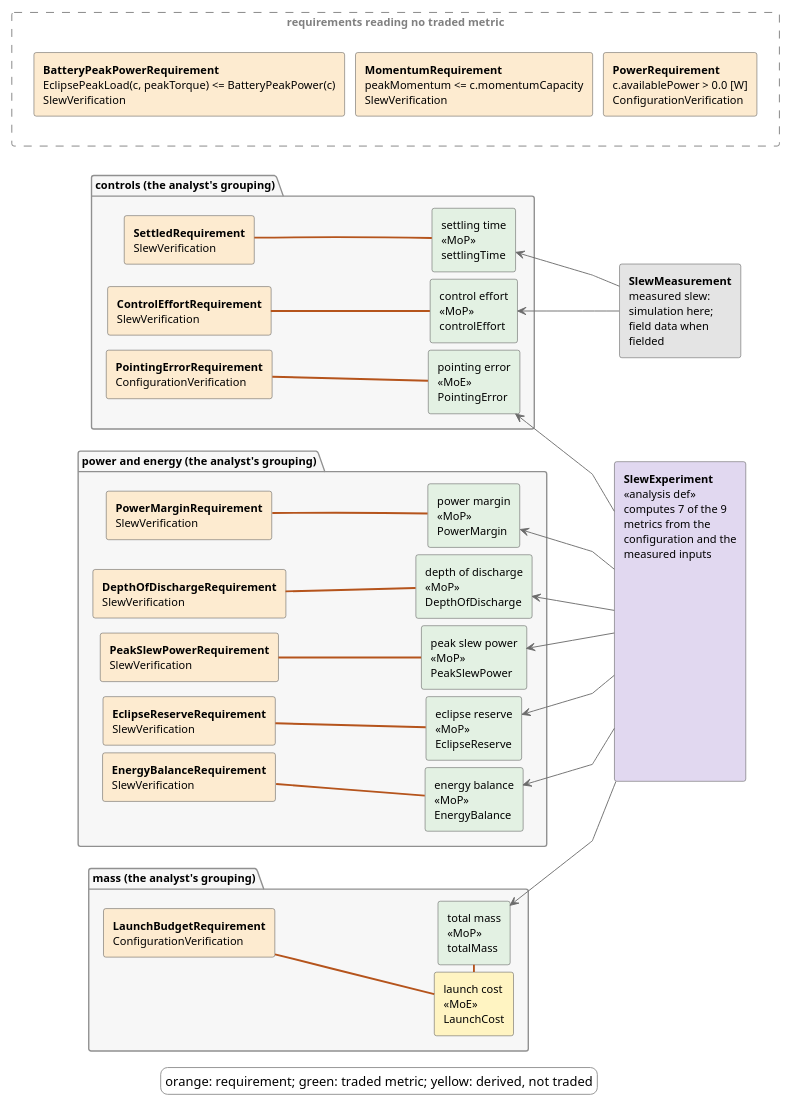
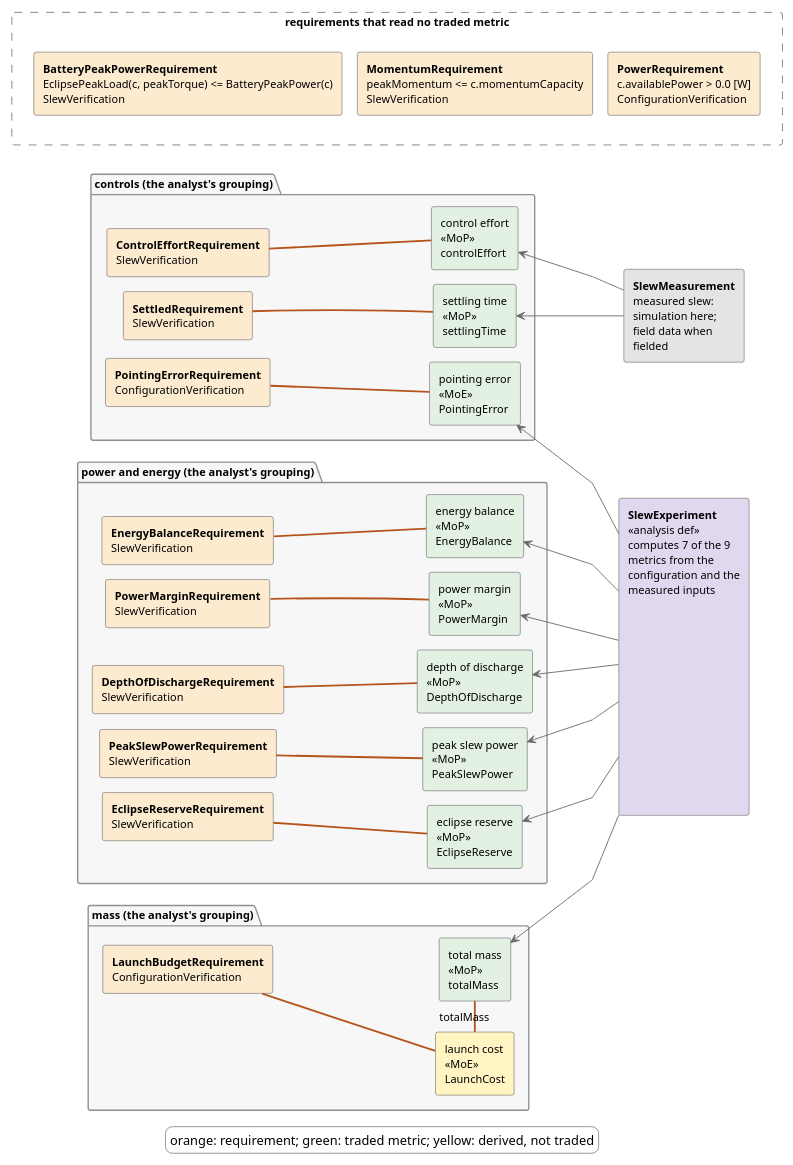
One commit to DynamicalSystemsGroup/hyperbolic-trade-space changed the diagram in examples/adcs/model_v2/views/behavioural_view.puml. Above: the diagram before and after it, drawn with PlantUML. The commit also changed 9 other files, not shown here.

```diff
--- a/examples/adcs/model_v2/views/behavioural_view.puml
+++ b/examples/adcs/model_v2/views/behavioural_view.puml
@@ -1,100 +1,100 @@
 @startuml
 left to right direction
 skinparam linetype polyline
 skinparam shadowing false
 skinparam defaultFontName SansSerif
 skinparam defaultFontSize 12
 skinparam ClassBackgroundColor white
 skinparam ClassBorderColor #404040
 skinparam ClassAttributeIconSize 0
 skinparam ArrowColor #404040
 skinparam RectangleBackgroundColor white
 skinparam RectangleBorderColor #404040
 skinparam PackageBackgroundColor #F7F7F7
 skinparam PackageBorderColor #909090
 skinparam LegendBackgroundColor white
 skinparam LegendBorderColor #909090
-skinparam nodesep 8
+skinparam nodesep 16
 skinparam ranksep 12
 hide circle
 hide empty members
 
 scale 700 width
 
 package "controls (the analyst's grouping)" {
   rectangle "**SettledRequirement**\nSlewVerification" as xSettledrequirement #FDEBD0
   rectangle "**ControlEffortRequirement**\nSlewVerification" as xControleffortrequirement #FDEBD0
   rectangle "**PointingErrorRequirement**\nConfigurationVerification" as xPointingerrorrequirement #FDEBD0
   rectangle "settling time\n<<MoP>>\nsettlingTime" as xSettlingTime #E3F1E3
   rectangle "control effort\n<<MoP>>\ncontrolEffort" as xControlEffort #E3F1E3
   rectangle "pointing error\n<<MoE>>\nPointingError" as xPointingError #E3F1E3
 }
 xSettledrequirement -[hidden]right-> xControleffortrequirement
 xControleffortrequirement -[hidden]right-> xPointingerrorrequirement
 xSettlingTime -[hidden]right-> xControlEffort
 xControlEffort -[hidden]right-> xPointingError
 xSettledrequirement -[hidden]-> xSettlingTime
 package "power and energy (the analyst's grouping)" {
   rectangle "**PowerMarginRequirement**\nSlewVerification" as xPowermarginrequirement #FDEBD0
   rectangle "**EnergyBalanceRequirement**\nSlewVerification" as xEnergybalancerequirement #FDEBD0
   rectangle "**EclipseReserveRequirement**\nSlewVerification" as xEclipsereserverequirement #FDEBD0
   rectangle "**PeakSlewPowerRequirement**\nSlewVerification" as xPeakslewpowerrequirement #FDEBD0
   rectangle "**DepthOfDischargeRequirement**\nSlewVerification" as xDepthofdischargerequirement #FDEBD0
   rectangle "power margin\n<<MoP>>\nPowerMargin" as xPowerMargin #E3F1E3
   rectangle "energy balance\n<<MoP>>\nEnergyBalance" as xEnergyBalance #E3F1E3
   rectangle "eclipse reserve\n<<MoP>>\nEclipseReserve" as xEclipseReserve #E3F1E3
   rectangle "peak slew power\n<<MoP>>\nPeakSlewPower" as xPeakSlewPower #E3F1E3
   rectangle "depth of discharge\n<<MoP>>\nDepthOfDischarge" as xDepthOfDischarge #E3F1E3
 }
 xPowermarginrequirement -[hidden]right-> xEnergybalancerequirement
 xEnergybalancerequirement -[hidden]right-> xEclipsereserverequirement
 xEclipsereserverequirement -[hidden]right-> xPeakslewpowerrequirement
 xPeakslewpowerrequirement -[hidden]right-> xDepthofdischargerequirement
 xPowerMargin -[hidden]right-> xEnergyBalance
 xEnergyBalance -[hidden]right-> xEclipseReserve
 xEclipseReserve -[hidden]right-> xPeakSlewPower
 xPeakSlewPower -[hidden]right-> xDepthOfDischarge
 xPowermarginrequirement -[hidden]-> xPowerMargin
 package "mass (the analyst's grouping)" {
   rectangle "**LaunchBudgetRequirement**\nConfigurationVerification" as xLaunchbudgetrequirement #FDEBD0
   rectangle "launch cost\n<<MoE>>\nLaunchCost" as xLaunchcost #FFF4C2
   rectangle "total mass\n<<MoP>>\ntotalMass" as xTotalMass #E3F1E3
 }
 xLaunchbudgetrequirement -[hidden]-> xTotalMass
-rectangle "requirements reading no traded metric" as xNoLine #FFFFFF;line:gray;line.dashed;text:gray {
+rectangle "requirements that read no traded metric" as xNoLine #FFFFFF;line:gray;line.dashed {
   rectangle "**BatteryPeakPowerRequirement**\nEclipsePeakLoad(c, peakTorque) <= BatteryPeakPower(c)\nSlewVerification" as xBatterypeakpowerrequirement #FDEBD0
   rectangle "**MomentumRequirement**\npeakMomentum <= c.momentumCapacity\nSlewVerification" as xMomentumrequirement #FDEBD0
   rectangle "**PowerRequirement**\nc.availablePower > 0.0 [W]\nConfigurationVerification" as xPowerrequirement #FDEBD0
   xBatterypeakpowerrequirement -[hidden]-> xMomentumrequirement
   xMomentumrequirement -[hidden]-> xPowerrequirement
 }
 xLaunchbudgetrequirement -[hidden]right-> xNoLine
 
 rectangle "**SlewExperiment**\n<<analysis def>>\ncomputes 7 of the 9\nmetrics from the\nconfiguration and the\nmeasured inputs\n\n\n\n\n\n\n\n\n\n\n\n\n\n" as xAnalysis #E1D8F0
 rectangle "**SlewMeasurement**\nmeasured slew:\nsimulation here;\nfield data when\nfielded" as xMeasure #E4E4E4
 xMeasure -[hidden]right-> xAnalysis
 
 xControleffortrequirement -[#B5541C,thickness=2]- xControlEffort
 xDepthofdischargerequirement -[#B5541C,thickness=2]- xDepthOfDischarge
 xEclipsereserverequirement -[#B5541C,thickness=2]- xEclipseReserve
 xEnergybalancerequirement -[#B5541C,thickness=2]- xEnergyBalance
 xLaunchbudgetrequirement -[#B5541C,thickness=2]- xLaunchcost
-xLaunchcost -[#B5541C,thickness=2]right- xTotalMass
+xLaunchcost -[#B5541C,thickness=2]right- xTotalMass : totalMass
 xPeakslewpowerrequirement -[#B5541C,thickness=2]- xPeakSlewPower
 xPointingerrorrequirement -[#B5541C,thickness=2]- xPointingError
 xPowermarginrequirement -[#B5541C,thickness=2]- xPowerMargin
 xSettledrequirement -[#B5541C,thickness=2]- xSettlingTime
 xSettlingTime <-[#6B6B6B]- xMeasure
 xPointingError <-[#6B6B6B]- xAnalysis
 xTotalMass <-[#6B6B6B]- xAnalysis
 xControlEffort <-[#6B6B6B]- xMeasure
 xPowerMargin <-[#6B6B6B]- xAnalysis
 xEnergyBalance <-[#6B6B6B]- xAnalysis
 xEclipseReserve <-[#6B6B6B]- xAnalysis
 xPeakSlewPower <-[#6B6B6B]- xAnalysis
 xDepthOfDischarge <-[#6B6B6B]- xAnalysis
 
 legend bottom
   orange: requirement; green: traded metric; yellow: derived, not traded
 end legend
 @enduml
```
